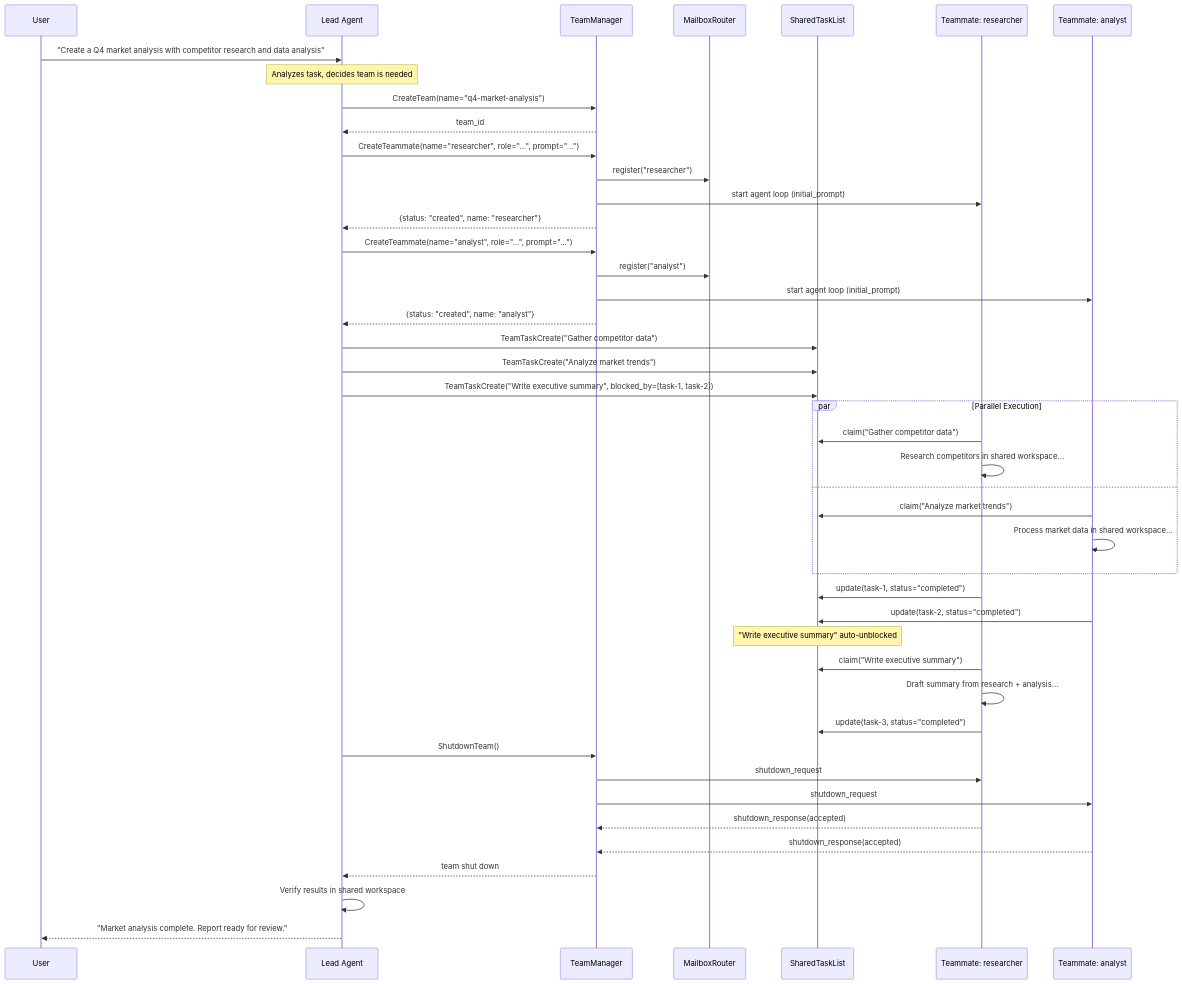
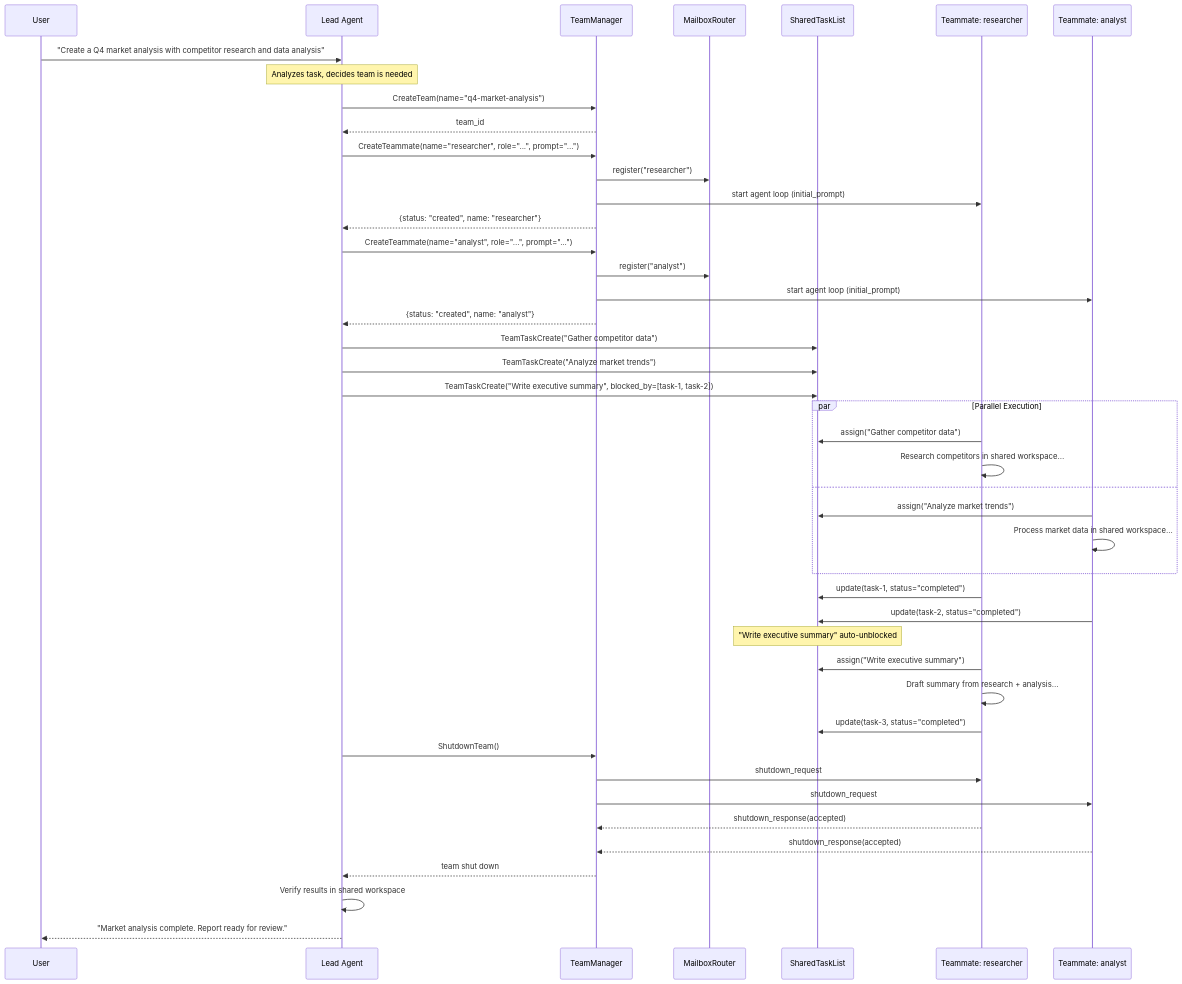
Before and after one commit to suman724/cowork-infra: the fifth of 14 diagrams in docs/components/agent-teams.md, drawn with Mermaid. The commit also changed other lines of this file, not shown here.

````diff
--- a/docs/components/agent-teams.md
+++ b/docs/components/agent-teams.md
@@ -548,56 +548,56 @@
 ```mermaid
 sequenceDiagram
     participant User
     participant Lead as Lead Agent
     participant TM as TeamManager
     participant MB as MailboxRouter
     participant TL as SharedTaskList
     participant T1 as Teammate: researcher
     participant T2 as Teammate: analyst
 
     User->>Lead: "Create a Q4 market analysis with competitor research and data analysis"
     Note over Lead: Analyzes task, decides team is needed
 
     Lead->>TM: CreateTeam(name="q4-market-analysis")
     TM-->>Lead: team_id
 
     Lead->>TM: CreateTeammate(name="researcher", role="...", prompt="...")
     TM->>MB: register("researcher")
     TM->>T1: start agent loop (initial_prompt)
     TM-->>Lead: {status: "created", name: "researcher"}
 
     Lead->>TM: CreateTeammate(name="analyst", role="...", prompt="...")
     TM->>MB: register("analyst")
     TM->>T2: start agent loop (initial_prompt)
     TM-->>Lead: {status: "created", name: "analyst"}
 
     Lead->>TL: TeamTaskCreate("Gather competitor data")
     Lead->>TL: TeamTaskCreate("Analyze market trends")
     Lead->>TL: TeamTaskCreate("Write executive summary", blocked_by=[task-1, task-2])
 
     par Parallel Execution
-        T1->>TL: claim("Gather competitor data")
+        T1->>TL: assign("Gather competitor data")
         T1->>T1: Research competitors in shared workspace...
     and
-        T2->>TL: claim("Analyze market trends")
+        T2->>TL: assign("Analyze market trends")
         T2->>T2: Process market data in shared workspace...
     end
 
     T1->>TL: update(task-1, status="completed")
     T2->>TL: update(task-2, status="completed")
     Note over TL: "Write executive summary" auto-unblocked
 
-    T1->>TL: claim("Write executive summary")
+    T1->>TL: assign("Write executive summary")
     T1->>T1: Draft summary from research + analysis...
     T1->>TL: update(task-3, status="completed")
 
     Lead->>TM: ShutdownTeam()
     TM->>T1: shutdown_request
     TM->>T2: shutdown_request
     T1-->>TM: shutdown_response(accepted)
     T2-->>TM: shutdown_response(accepted)
     TM-->>Lead: team shut down
 
     Lead->>Lead: Verify results in shared workspace
     Lead-->>User: "Market analysis complete. Report ready for review."
 ```
````
